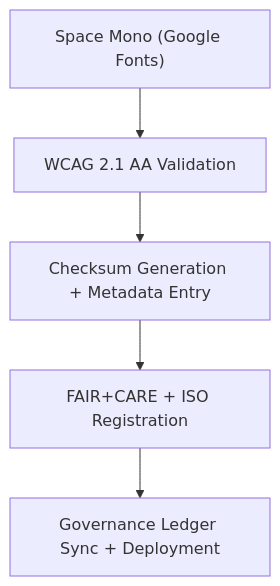
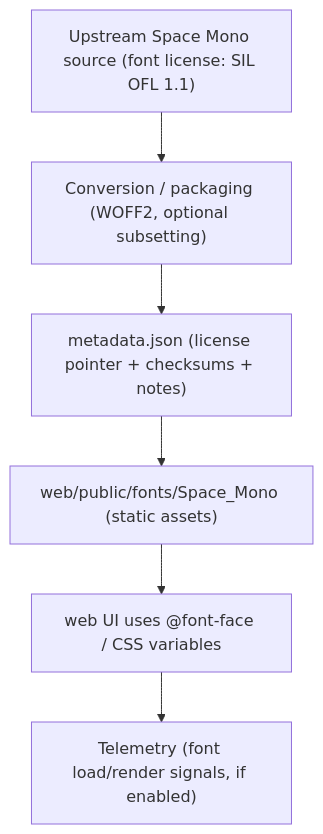
Before and after one commit to bartytime4life/Kansas-Frontier-Matrix: the first of 2 diagrams in web/public/fonts/Space_Mono/README.md, drawn with Mermaid. The commit also changed other lines of this file, not shown here.

````diff
--- a/web/public/fonts/Space_Mono/README.md
+++ b/web/public/fonts/Space_Mono/README.md
@@ -53,7 +147,8 @@
-```mermaid
+~~~mermaid
 flowchart TD
-A["Space Mono (Google Fonts)"] --> B["WCAG 2.1 AA Validation"]
-B --> C["Checksum Generation + Metadata Entry"]
-C --> D["FAIR+CARE + ISO Registration"]
-D --> E["Governance Ledger Sync + Deployment"]
-```
+  A["Upstream Space Mono source (font license: SIL OFL 1.1)"] --> B["Conversion / packaging (WOFF2, optional subsetting)"]
+  B --> C["metadata.json (license pointer + checksums + notes)"]
+  C --> D["web/public/fonts/Space_Mono (static assets)"]
+  D --> E["web UI uses @font-face / CSS variables"]
+  E --> F["Telemetry (font load/render signals, if enabled)"]
+~~~
````
